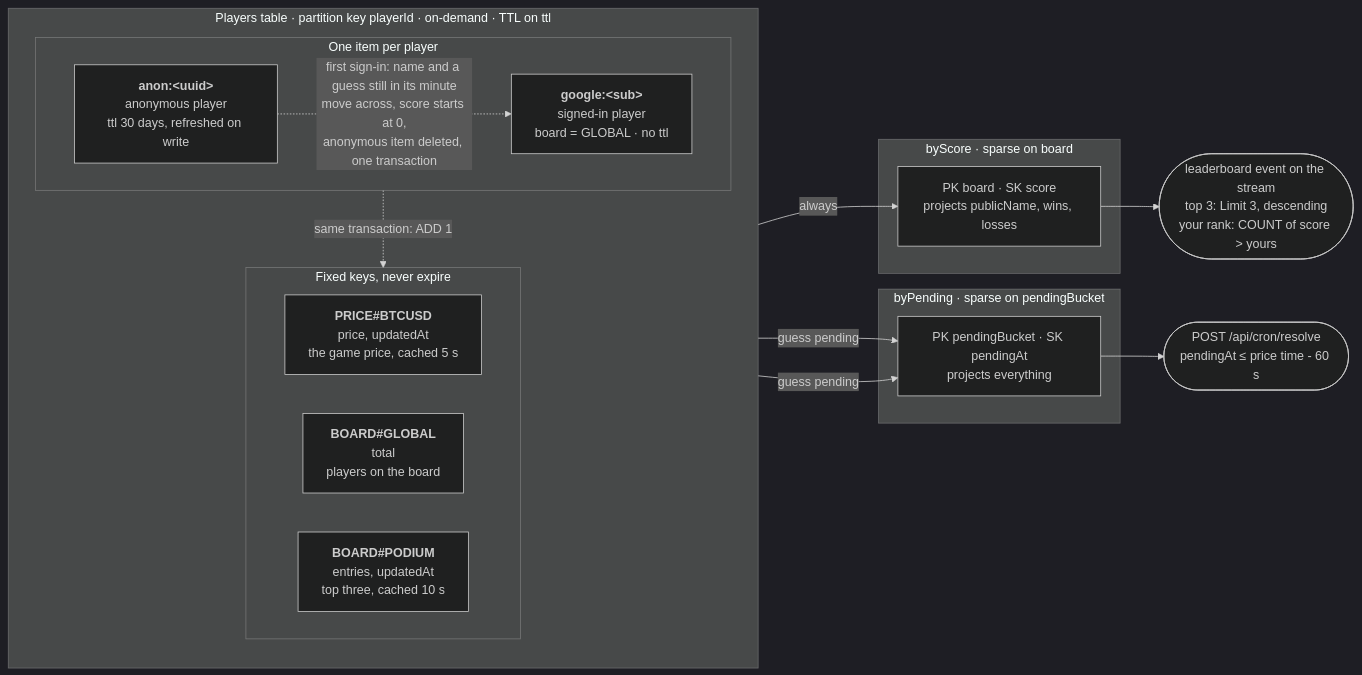
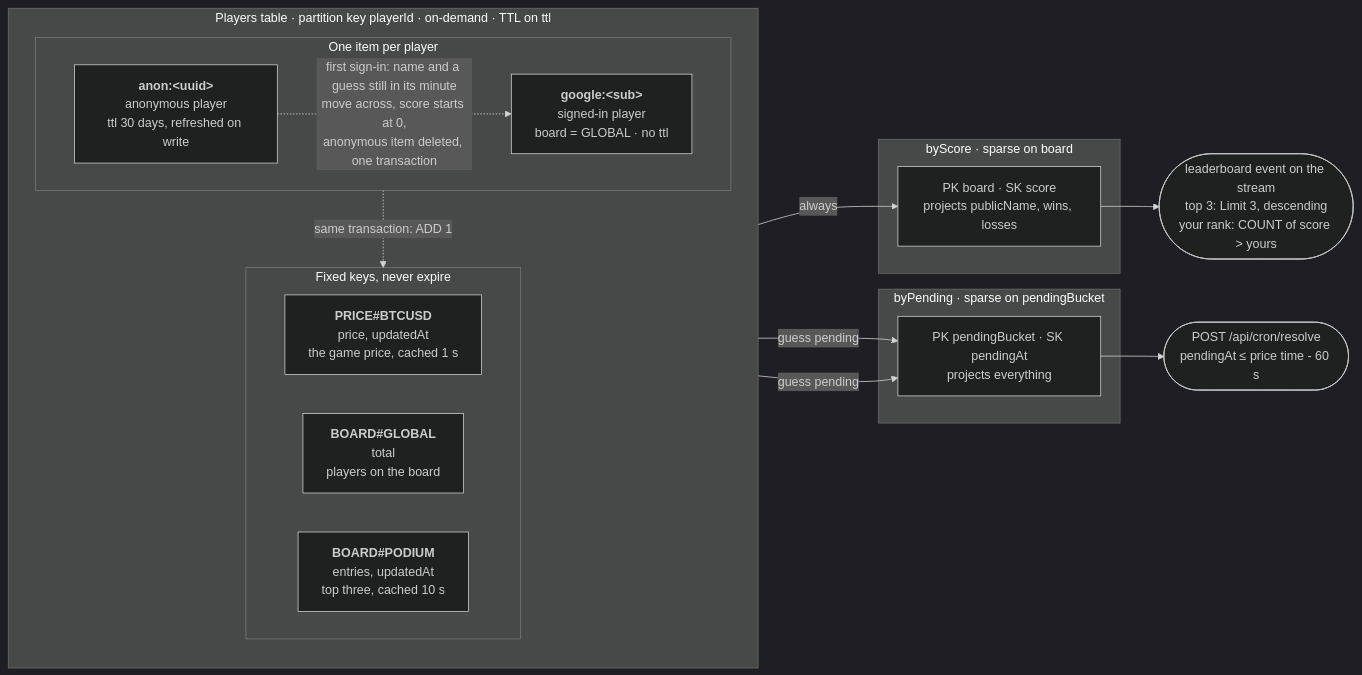
The diagram in docs/engineering-spec.md (imcarvalho/epilot-btc), drawn with Mermaid (dark theme) before and after one commit. The commit also changed other lines of this file and 2 other files, not shown here.

````diff
--- a/docs/engineering-spec.md
+++ b/docs/engineering-spec.md
@@ -98,34 +98,34 @@
 ```mermaid
 flowchart LR
     subgraph table["Players table · partition key playerId · on-demand · TTL on ttl"]
         direction TB
         subgraph players["One item per player"]
             direction LR
             anon["<b>anon:&lt;uuid&gt;</b><br/>anonymous player<br/>ttl 30 days, refreshed on write"]
             google["<b>google:&lt;sub&gt;</b><br/>signed-in player<br/>board = GLOBAL · no ttl"]
         end
         subgraph shared["Fixed keys, never expire"]
             direction LR
-            price["<b>PRICE#BTCUSD</b><br/>price, updatedAt<br/>the game price, cached 5 s"]
+            price["<b>PRICE#BTCUSD</b><br/>price, updatedAt<br/>the game price, cached 1 s"]
             total["<b>BOARD#GLOBAL</b><br/>total<br/>players on the board"]
             podium["<b>BOARD#PODIUM</b><br/>entries, updatedAt<br/>top three, cached 10 s"]
         end
     end
 
     subgraph byScore["byScore · sparse on board"]
         scoreKeys["PK board · SK score<br/>projects publicName, wins, losses"]
     end
 
     subgraph byPending["byPending · sparse on pendingBucket"]
         pendingKeys["PK pendingBucket · SK pendingAt<br/>projects everything"]
     end
 
     anon -. "first sign-in: name and a guess still in its minute<br/>move across, score starts at 0,<br/>anonymous item deleted, one transaction" .-> google
     google -. "same transaction: ADD 1" .-> total
     google -- "always" --> scoreKeys
     anon -- "guess pending" --> pendingKeys
     google -- "guess pending" --> pendingKeys
 
     scoreKeys --> leaderboard(["leaderboard event on the stream<br/>top 3: Limit 3, descending<br/>your rank: COUNT of score &gt; yours"])
     pendingKeys --> sweep(["POST /api/cron/resolve<br/>pendingAt ≤ price time - 60 s"])
 ```
````
